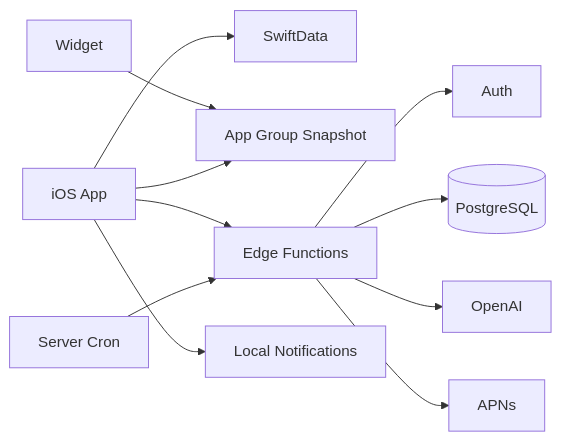
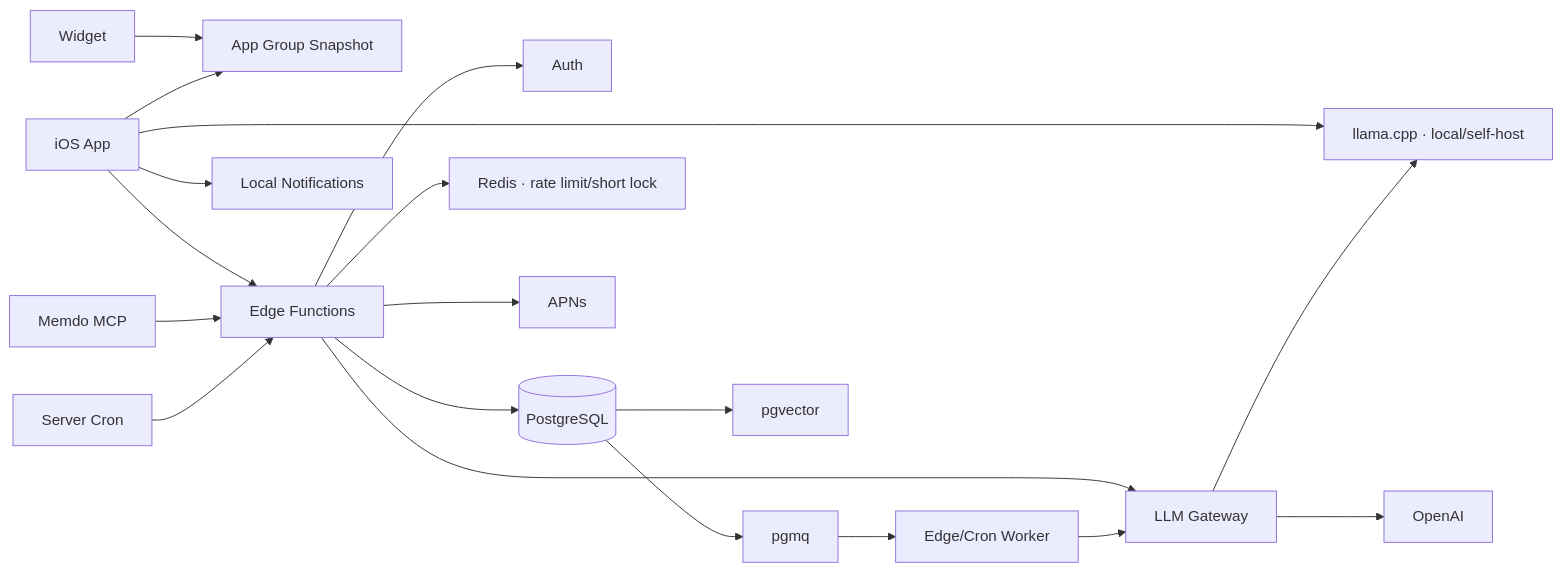
One commit to leebeanbin/memdo changed the diagram in docs/03-technical-architecture.md. Above: the diagram before and after it, drawn with Mermaid. The commit also changed other lines of this file and 21 other files, not shown here.

````diff
--- a/docs/03-technical-architecture.md
+++ b/docs/03-technical-architecture.md
@@ -43,13 +47,21 @@
 ```mermaid
 flowchart LR
     APP["iOS App"] --> LOCAL["SwiftData"]
     WIDGET["Widget"] --> SNAPSHOT["App Group Snapshot"]
     APP --> SNAPSHOT
     APP --> API["Edge Functions"]
     API --> AUTH["Auth"]
     API --> DB[("PostgreSQL")]
-    API --> OPENAI["OpenAI"]
+    DB --> QUEUE["pgmq"]
+    DB --> VECTOR["pgvector"]
+    API --> REDIS["Redis · rate limit/short lock"]
+    QUEUE --> WORKER["Edge/Cron Worker"]
+    API --> LLM["LLM Gateway"]
+    WORKER --> LLM
+    LLM --> OPENAI["OpenAI"]
+    LLM --> LOCAL["llama.cpp · local/self-host"]
+    MCP["Memdo MCP"] --> API
     CRON["Server Cron"] --> API
     API --> APNS["APNs"]
     APP --> LOCALNOTI["Local Notifications"]
 ```
````
